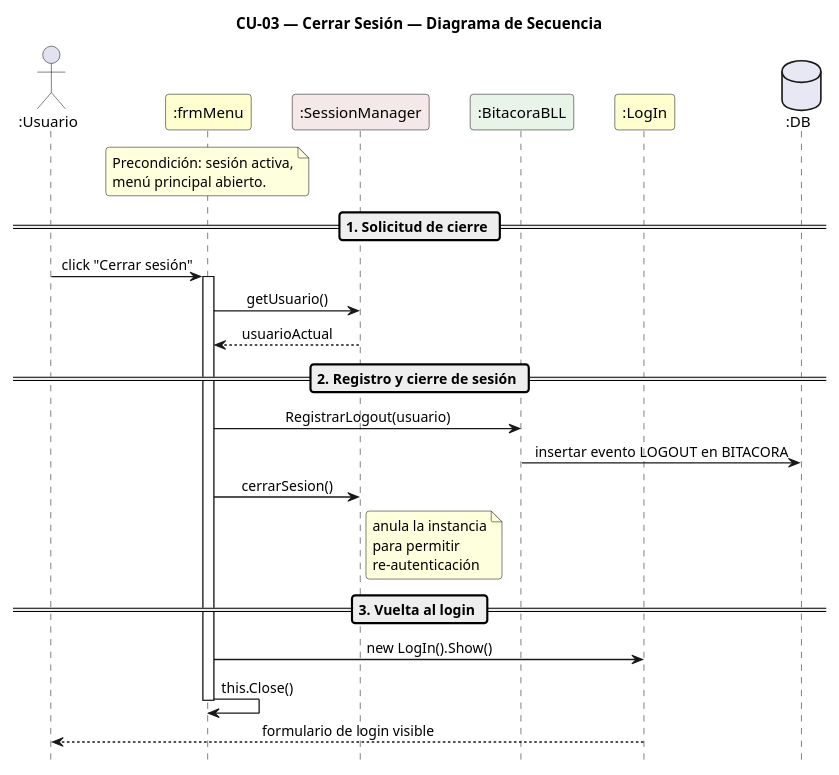
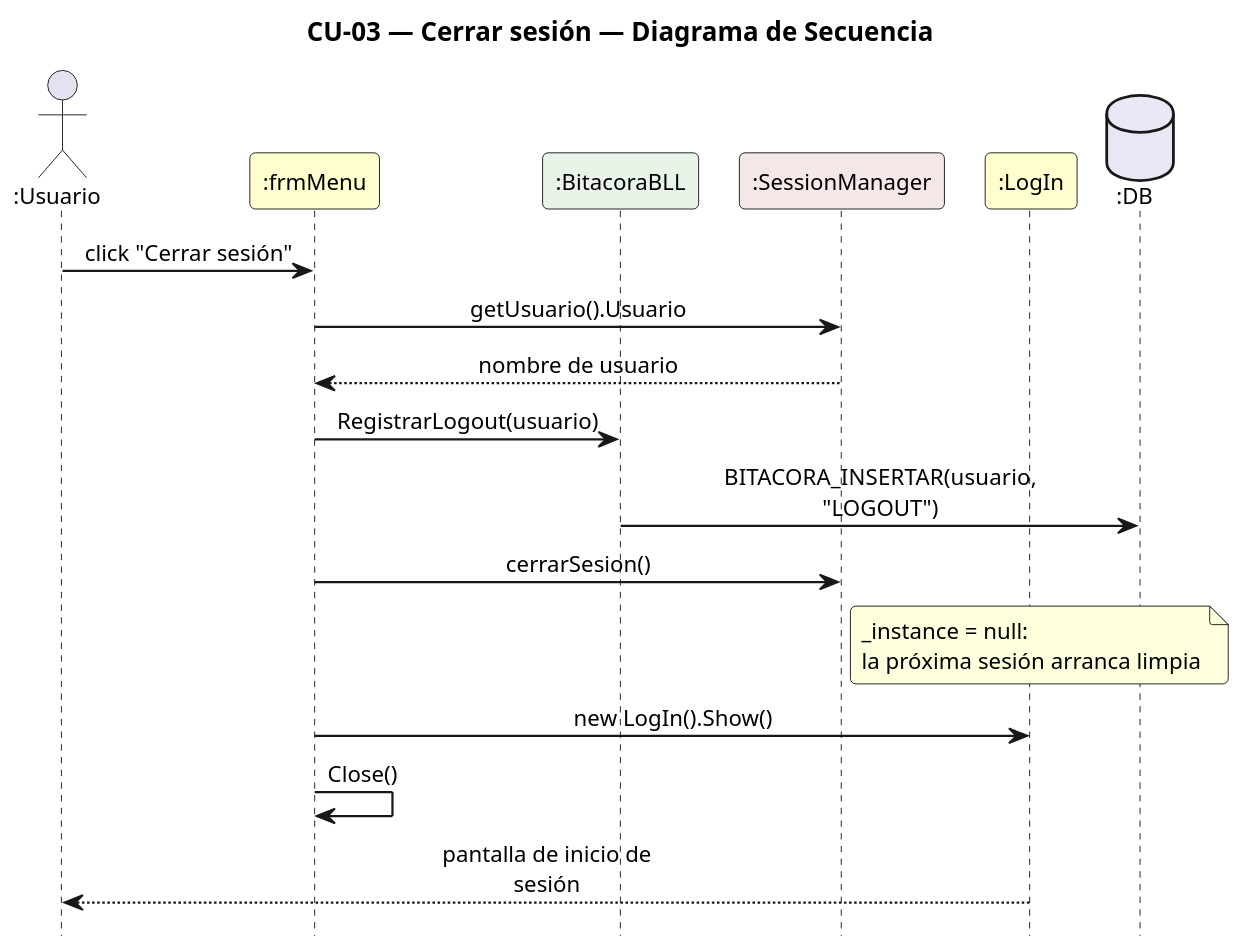
Before and after one commit to Urrels/ingenieria_software: the diagram in DIAGRAMAS/DiagramaSecuencia_CU03_CerrarSesion.puml, drawn with PlantUML. The commit also changed 82 other files, not shown here.

First line of the commit message:
Casos de uso y diagramas de secuencia actualizados (CU-01 a CU-37)

```diff
--- a/DIAGRAMAS/DiagramaSecuencia_CU03_CerrarSesion.puml
+++ b/DIAGRAMAS/DiagramaSecuencia_CU03_CerrarSesion.puml
@@ -1,56 +1,34 @@
 @startuml DiagramaSecuencia_CU03_CerrarSesion
 
-title CU-03 — Cerrar Sesión — Diagrama de Secuencia
+title CU-03 — Cerrar sesión — Diagrama de Secuencia
 
 skinparam shadowing false
 skinparam roundcorner 6
 skinparam sequenceArrowThickness 1.2
-skinparam ParticipantPadding 14
+skinparam ParticipantPadding 6
+skinparam BoxPadding 4
+skinparam maxMessageSize 115
 skinparam sequenceMessageAlign center
+skinparam defaultFontSize 12
+skinparam dpi 140
 hide footbox
-scale 0.85
 
-' ─────────────────────────────────────────
-' Participantes en orden de aparición
-' ─────────────────────────────────────────
-actor       ":Usuario"        as U
-participant ":frmMenu"        as FM #FEFECE
-participant ":SessionManager" as SM #F4E8E8
-participant ":BitacoraBLL"    as BB #E8F4E8
-participant ":LogIn"          as L  #FEFECE
-database    ":DB"             as DB #E8E8F4
+actor ":Usuario" as U
+participant ":frmMenu" as M #FEFECE
+participant ":BitacoraBLL" as B #E8F4E8
+participant ":SessionManager" as S #F4E8E8
+participant ":LogIn" as L #FEFECE
+database ":DB" as DB #E8E8F4
 
-note over FM
-  Precondición: sesión activa,
-  menú principal abierto.
-end note
-
-== 1. Solicitud de cierre ==
-
-U -> FM : click "Cerrar sesión"
-activate FM
-
-FM -> SM : getUsuario()
-SM --> FM : usuarioActual
-
-== 2. Registro y cierre de sesión ==
-
-FM -> BB : RegistrarLogout(usuario)
-BB -> DB : insertar evento LOGOUT en BITACORA
-
-FM -> SM : cerrarSesion()
-note right of SM
-  anula la instancia
-  para permitir
-  re-autenticación
-end note
-
-== 3. Vuelta al login ==
-
-FM -> L : new LogIn().Show()
-FM -> FM : this.Close()
-deactivate FM
-
-L --> U : formulario de login visible
+U -> M : click "Cerrar sesión"
+M -> S : getUsuario().Usuario
+S --> M : nombre de usuario
+M -> B : RegistrarLogout(usuario)
+B -> DB : BITACORA_INSERTAR(usuario, "LOGOUT")
+M -> S : cerrarSesion()
+note right of S : _instance = null:\nla próxima sesión arranca limpia
+M -> L : new LogIn().Show()
+M -> M : Close()
+L --> U : pantalla de inicio de sesión
 
 @enduml
```
